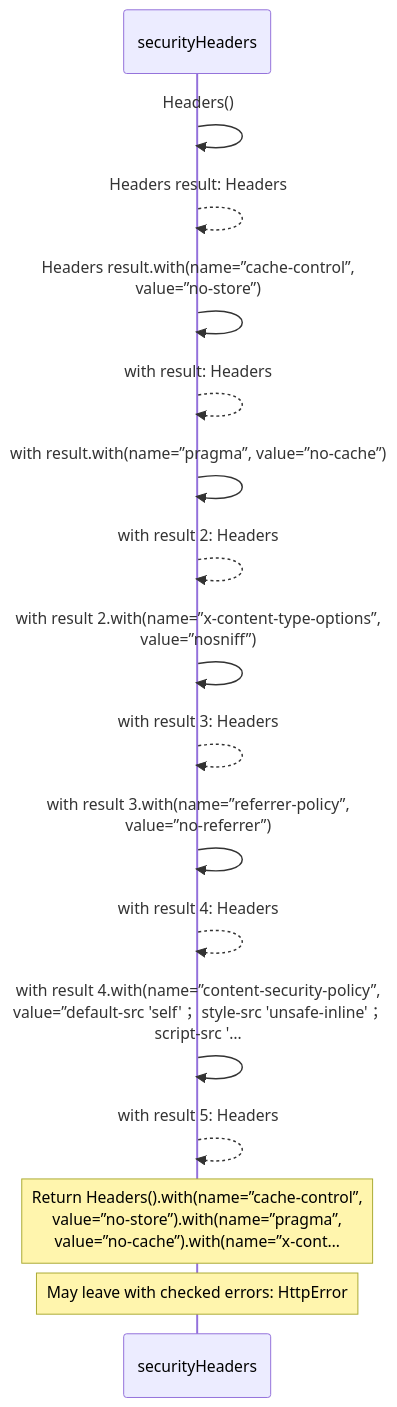
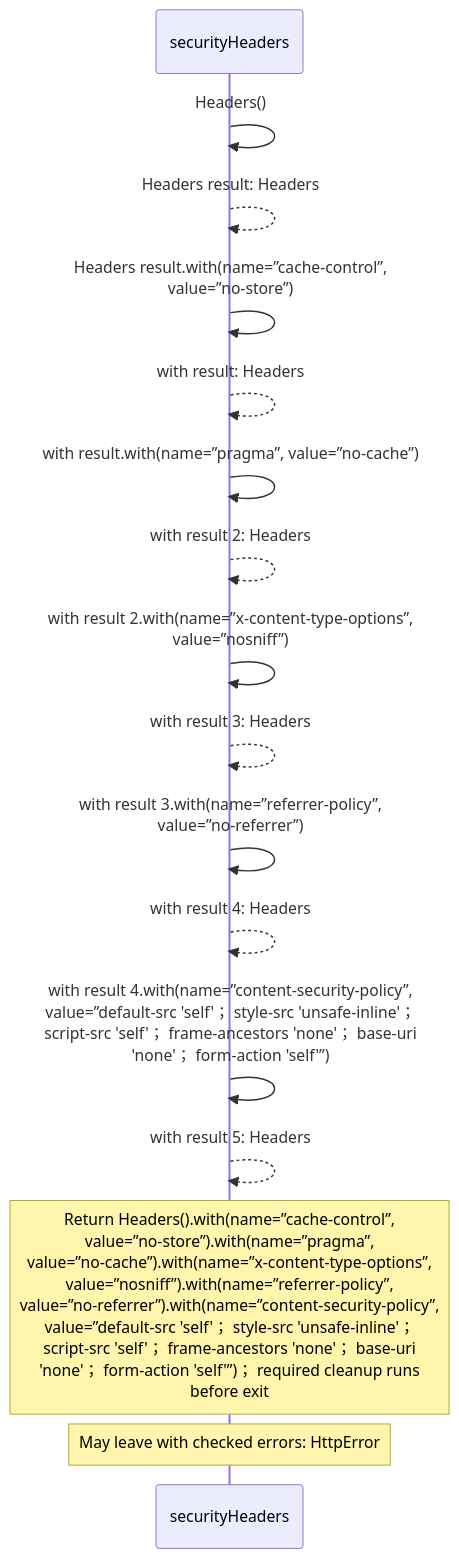
Before and after one commit to GreenPandaStudios/augscript: the first of 2 diagrams in docs/examples/oidc-login/common/headers-diagrams.md, drawn with Mermaid. The commit also changed other lines of this file and 658 other files, not shown here.

````diff
--- a/docs/examples/oidc-login/common/headers-diagrams.md
+++ b/docs/examples/oidc-login/common/headers-diagrams.md
@@ -28,19 +32,19 @@
 ```mermaid
 sequenceDiagram
     participant p0 as securityHeaders
 
     p0->>p0: Headers()
     p0-->>p0: Headers result: Headers
     p0->>p0: Headers result.with(name=”cache-control”,<br/>value=”no-store”)
     p0-->>p0: with result: Headers
     p0->>p0: with result.with(name=”pragma”, value=”no-cache”)
     p0-->>p0: with result 2: Headers
     p0->>p0: with result 2.with(name=”x-content-type-options”,<br/>value=”nosniff”)
     p0-->>p0: with result 3: Headers
     p0->>p0: with result 3.with(name=”referrer-policy”,<br/>value=”no-referrer”)
     p0-->>p0: with result 4: Headers
-    p0->>p0: with result 4.with(name=”content-security-policy”,<br/>value=”default-src 'self'； style-src 'unsafe-inline'；<br/>script-src '…
+    p0->>p0: with result 4.with(name=”content-security-policy”,<br/>value=”default-src 'self'； style-src 'unsafe-inline'；<br/>script-src 'self'； frame-ancestors 'none'； base-uri<br/>'none'； form-action 'self'”)
     p0-->>p0: with result 5: Headers
-    Note over p0: Return Headers().with(name=”cache-control”,<br/>value=”no-store”).with(name=”pragma”,<br/>value=”no-cache”).with(name=”x-cont…
+    Note over p0: Return Headers().with(name=”cache-control”,<br/>value=”no-store”).with(name=”pragma”,<br/>value=”no-cache”).with(name=”x-content-type-options”,<br/>value=”nosniff”).with(name=”referrer-policy”,<br/>value=”no-referrer”).with(name=”content-security-policy”,<br/>value=”default-src 'self'； style-src 'unsafe-inline'；<br/>script-src 'self'； frame-ancestors 'none'； base-uri<br/>'none'； form-action 'self'”)； required cleanup runs<br/>before exit
     Note over p0: May leave with checked errors: HttpError
 ```
````
